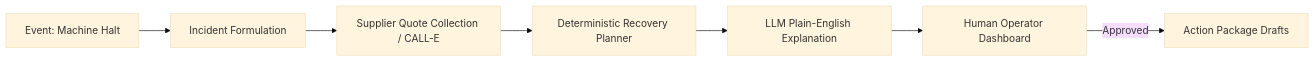
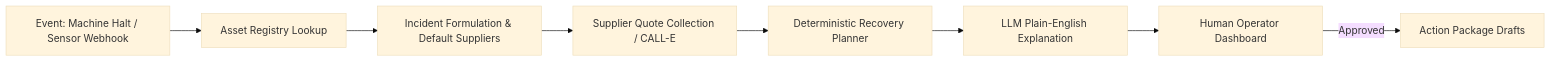
One commit to Yukeshj26/restartai changed the diagram in docs/architecture.md. Above: the diagram before and after it, drawn with Mermaid (base theme). The commit also changed other lines of this file and 15 other files, not shown here.

Commit message:
Phase 2: SENSE - Asset registry, IoT fault webhook, and telemetry UI trigger

````diff
--- a/docs/architecture.md
+++ b/docs/architecture.md
@@ -42,9 +42,10 @@
 ```mermaid
 flowchart LR
-    A[Event: Machine Halt] --> B[Incident Formulation]
-    B --> C[Supplier Quote Collection / CALL-E]
-    C --> D[Deterministic Recovery Planner]
-    D --> E[LLM Plain-English Explanation]
-    E --> F[Human Operator Dashboard]
-    F -->|Approved| G[Action Package Drafts]
+    A[Event: Machine Halt / Sensor Webhook] --> B[Asset Registry Lookup]
+    B --> C[Incident Formulation & Default Suppliers]
+    C --> D[Supplier Quote Collection / CALL-E]
+    D --> E[Deterministic Recovery Planner]
+    E --> F[LLM Plain-English Explanation]
+    F --> G[Human Operator Dashboard]
+    G -->|Approved| H[Action Package Drafts]
 ```
````
